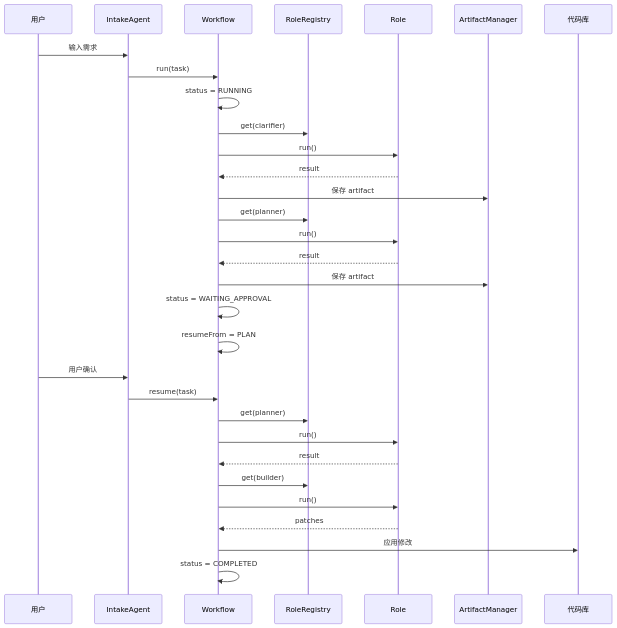
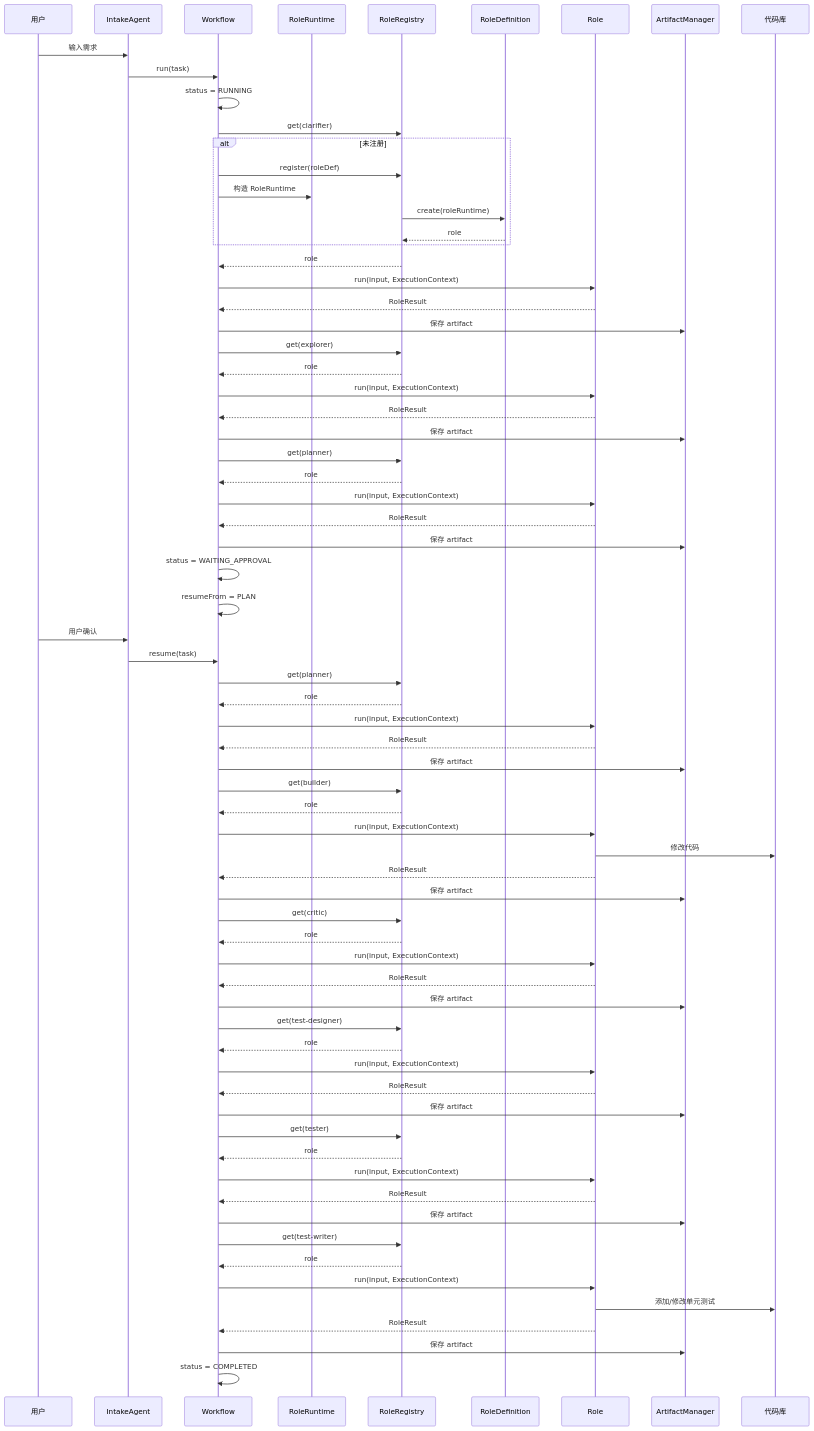
The second of 2 diagrams in roleflow/context/project.md (AryzingKhaos/AegisFlow), drawn with Mermaid before and after one commit. The commit also changed other lines of this file and 4 other files, not shown here.

````diff
--- a/roleflow/context/project.md
+++ b/roleflow/context/project.md
@@ -169,7 +182,9 @@
   participant U as 用户
   participant IA as IntakeAgent
   participant WF as Workflow
+  participant RRT as RoleRuntime
   participant RR as RoleRegistry
+  participant RD as RoleDefinition
   participant R as Role
   participant AM as ArtifactManager
   participant CODE as 代码库
@@ -181,14 +196,29 @@
 
   %% CLARIFY
   WF->>RR: get(clarifier)
-  WF->>R: run()
-  R-->>WF: result
+  alt 未注册
+    WF->>RR: register(roleDef)
+    WF->>RRT: 构造 RoleRuntime
+    RR->>RD: create(roleRuntime)
+    RD-->>RR: role
+  end
+  RR-->>WF: role
+  WF->>R: run(input, ExecutionContext)
+  R-->>WF: RoleResult
+  WF->>AM: 保存 artifact
+
+  %% EXPLORE
+  WF->>RR: get(explorer)
+  RR-->>WF: role
+  WF->>R: run(input, ExecutionContext)
+  R-->>WF: RoleResult
   WF->>AM: 保存 artifact
 
   %% PLAN
   WF->>RR: get(planner)
-  WF->>R: run()
-  R-->>WF: result
+  RR-->>WF: role
+  WF->>R: run(input, ExecutionContext)
+  R-->>WF: RoleResult
   WF->>AM: 保存 artifact
 
   %% 中断
@@ -200,14 +230,47 @@
 
   %% 恢复（重跑整个 phase）
   WF->>RR: get(planner)
-  WF->>R: run()
-  R-->>WF: result
+  RR-->>WF: role
+  WF->>R: run(input, ExecutionContext)
+  R-->>WF: RoleResult
+  WF->>AM: 保存 artifact
 
   %% BUILD
   WF->>RR: get(builder)
-  WF->>R: run()
-  R-->>WF: patches
-  WF->>CODE: 应用修改
+  RR-->>WF: role
+  WF->>R: run(input, ExecutionContext)
+  R->>CODE: 修改代码
+  R-->>WF: RoleResult
+  WF->>AM: 保存 artifact
+
+  %% REVIEW
+  WF->>RR: get(critic)
+  RR-->>WF: role
+  WF->>R: run(input, ExecutionContext)
+  R-->>WF: RoleResult
+  WF->>AM: 保存 artifact
+
+  %% TEST DESIGN
+  WF->>RR: get(test-designer)
+  RR-->>WF: role
+  WF->>R: run(input, ExecutionContext)
+  R-->>WF: RoleResult
+  WF->>AM: 保存 artifact
+
+  %% TEST
+  WF->>RR: get(tester)
+  RR-->>WF: role
+  WF->>R: run(input, ExecutionContext)
+  R-->>WF: RoleResult
+  WF->>AM: 保存 artifact
+
+  %% UNIT TEST
+  WF->>RR: get(test-writer)
+  RR-->>WF: role
+  WF->>R: run(input, ExecutionContext)
+  R->>CODE: 添加/修改单元测试
+  R-->>WF: RoleResult
+  WF->>AM: 保存 artifact
 
   WF->>WF: status = COMPLETED
 ```
````
